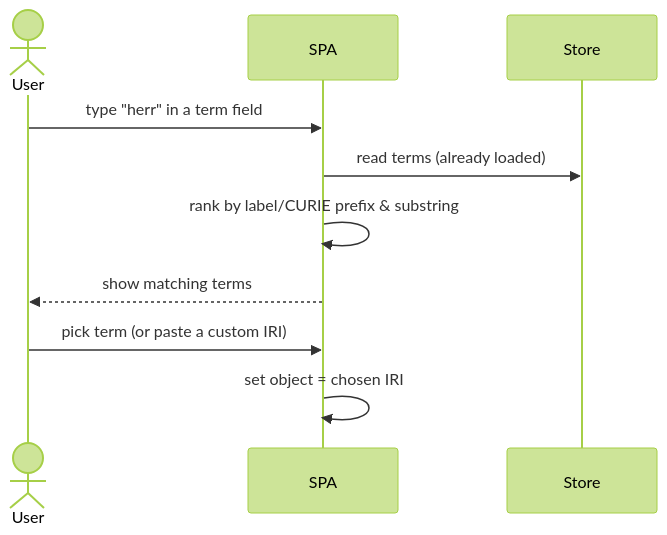
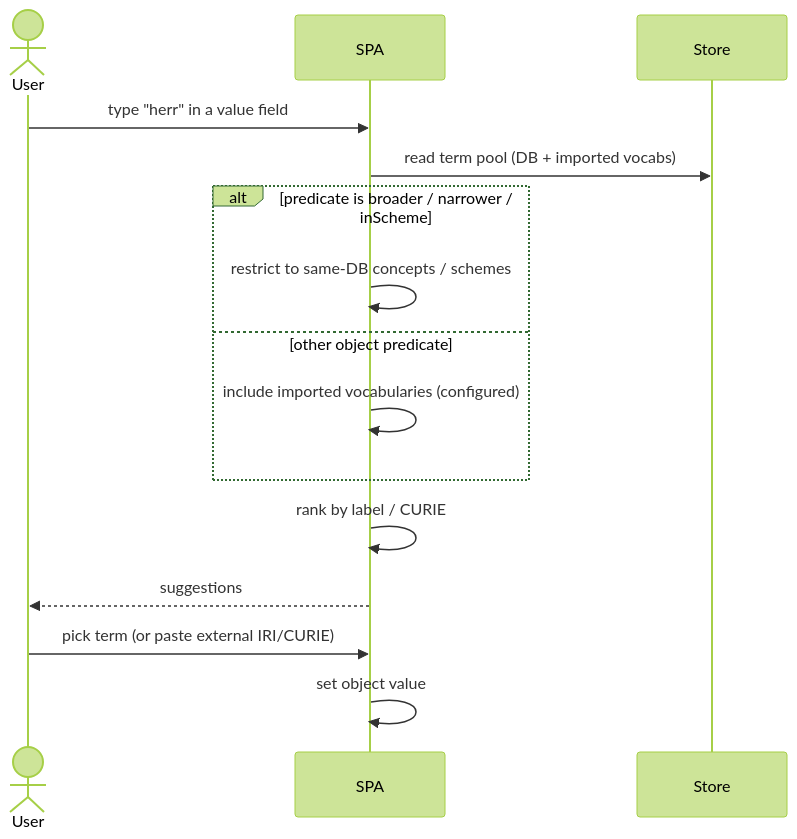
The fourth of 11 diagrams in app/docs/data-exchange.md (ogcincubator/bblocks-seadots), drawn with Mermaid (forest theme) before and after one commit. The commit also changed other lines of this file and 9 other files, not shown here.

````diff
--- a/app/docs/data-exchange.md
+++ b/app/docs/data-exchange.md
@@ -87,13 +138,18 @@
 ```mermaid
 sequenceDiagram
     actor User
     participant SPA
     participant Store
 
-    User->>SPA: type "herr" in a term field
-    SPA->>Store: read terms (already loaded)
-    SPA->>SPA: rank by label/CURIE prefix & substring
-    SPA-->>User: show matching terms
-    User->>SPA: pick term (or paste a custom IRI)
-    SPA->>SPA: set object = chosen IRI
+    User->>SPA: type "herr" in a value field
+    SPA->>Store: read term pool (DB + imported vocabs)
+    alt predicate is broader / narrower / inScheme
+        SPA->>SPA: restrict to same-DB concepts / schemes
+    else other object predicate
+        SPA->>SPA: include imported vocabularies (configured)
+    end
+    SPA->>SPA: rank by label / CURIE
+    SPA-->>User: suggestions
+    User->>SPA: pick term (or paste external IRI/CURIE)
+    SPA->>SPA: set object value
 ```
````
